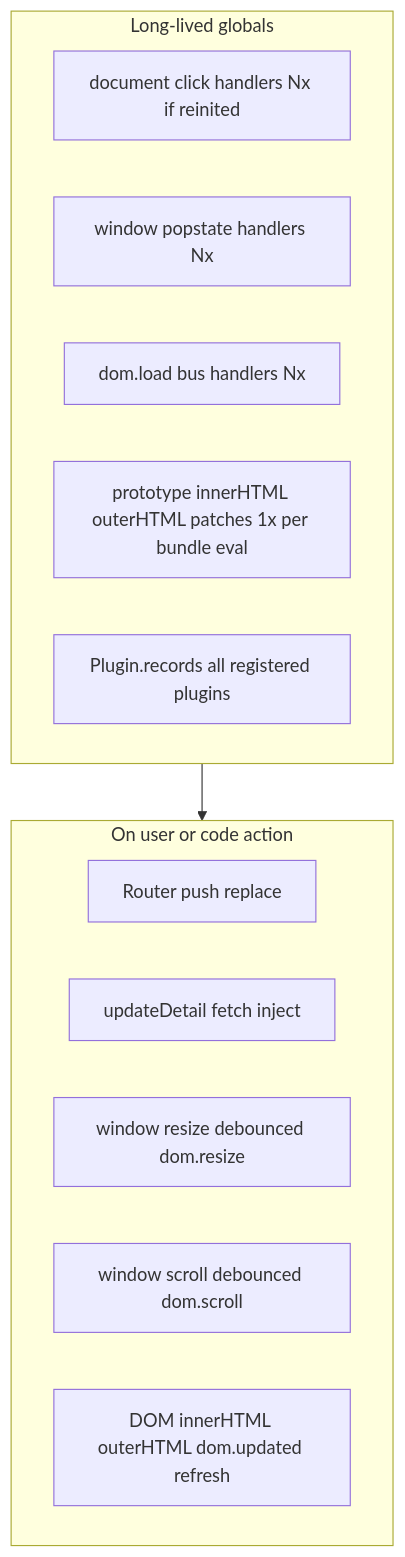
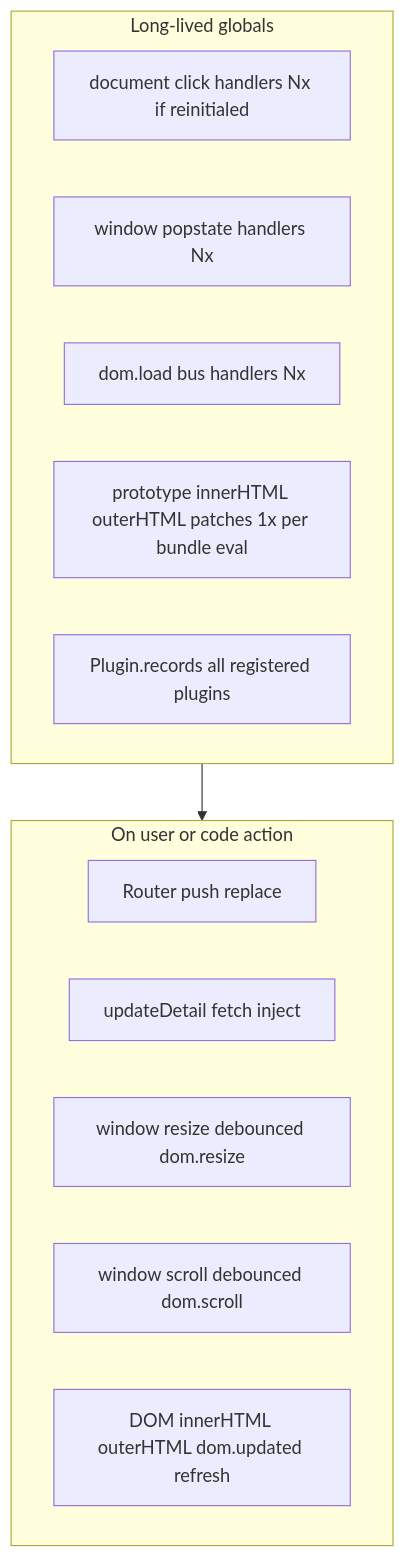
Before and after one commit to shishiv30/pure: the seventh of 8 diagrams in docs/client-js-lifecycle.md, drawn with Mermaid. The commit also changed 17 other files, not shown here.

````diff
--- a/docs/client-js-lifecycle.md
+++ b/docs/client-js-lifecycle.md
@@ -229,20 +229,20 @@
 ```mermaid
 flowchart TB
 	subgraph persistent [Long-lived globals]
-		RouterClick[document click handlers Nx if reinited]
+		RouterClick[document click handlers Nx if reinitialed]
 		RouterPop[window popstate handlers Nx]
 		DomLoadHandlers[dom.load bus handlers Nx]
 		DOMHooks[prototype innerHTML outerHTML patches 1x per bundle eval]
 		PluginRegistry[Plugin.records all registered plugins]
 	end
 
 	subgraph onDemand [On user or code action]
 		Nav[Router push replace]
 		SPA[updateDetail fetch inject]
 		Resize[window resize debounced dom.resize]
 		Scroll[window scroll debounced dom.scroll]
 		Write[DOM innerHTML outerHTML dom.updated refresh]
 	end
 
 	persistent --> onDemand
 ```
````
